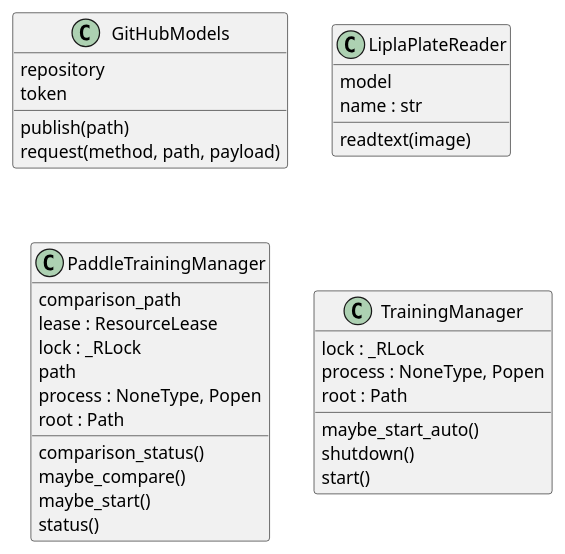
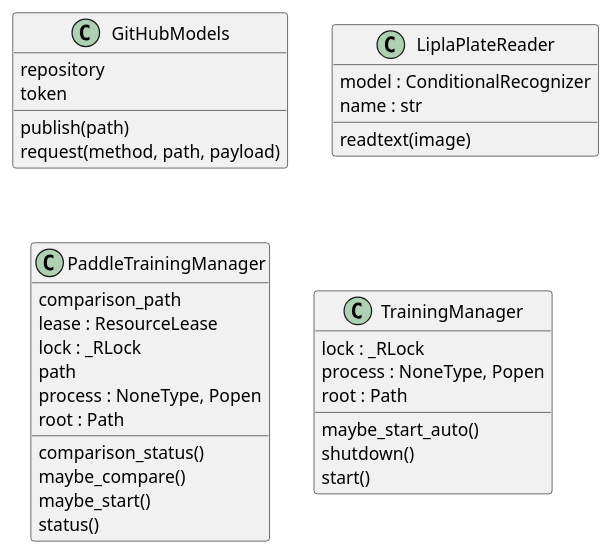
The diagram in docs/generated/learning/classes_GateLearning.puml (UeEmon/AI-Gate-System-), drawn with PlantUML before and after one commit. The commit also changed 2 other files, not shown here.

Commit message:
docs: update UML from main code

```diff
--- a/docs/generated/learning/classes_GateLearning.puml
+++ b/docs/generated/learning/classes_GateLearning.puml
@@ -1,34 +1,34 @@
 @startuml classes_GateLearning
 set namespaceSeparator none
 class "GitHubModels" as model_publish.GitHubModels {
   repository
   token
   publish(path)
   request(method, path, payload)
 }
 class "LiplaPlateReader" as ocr_backends.LiplaPlateReader {
-  model
+  model : ConditionalRecognizer
   name : str
   readtext(image)
 }
 class "PaddleTrainingManager" as paddle_auto_train.PaddleTrainingManager {
   comparison_path
   lease : ResourceLease
   lock : _RLock
   path
   process : NoneType, Popen
   root : Path
   comparison_status()
   maybe_compare()
   maybe_start()
   status()
 }
 class "TrainingManager" as ocr_learning.TrainingManager {
   lock : _RLock
   process : NoneType, Popen
   root : Path
   maybe_start_auto()
   shutdown()
   start()
 }
 @enduml
```
